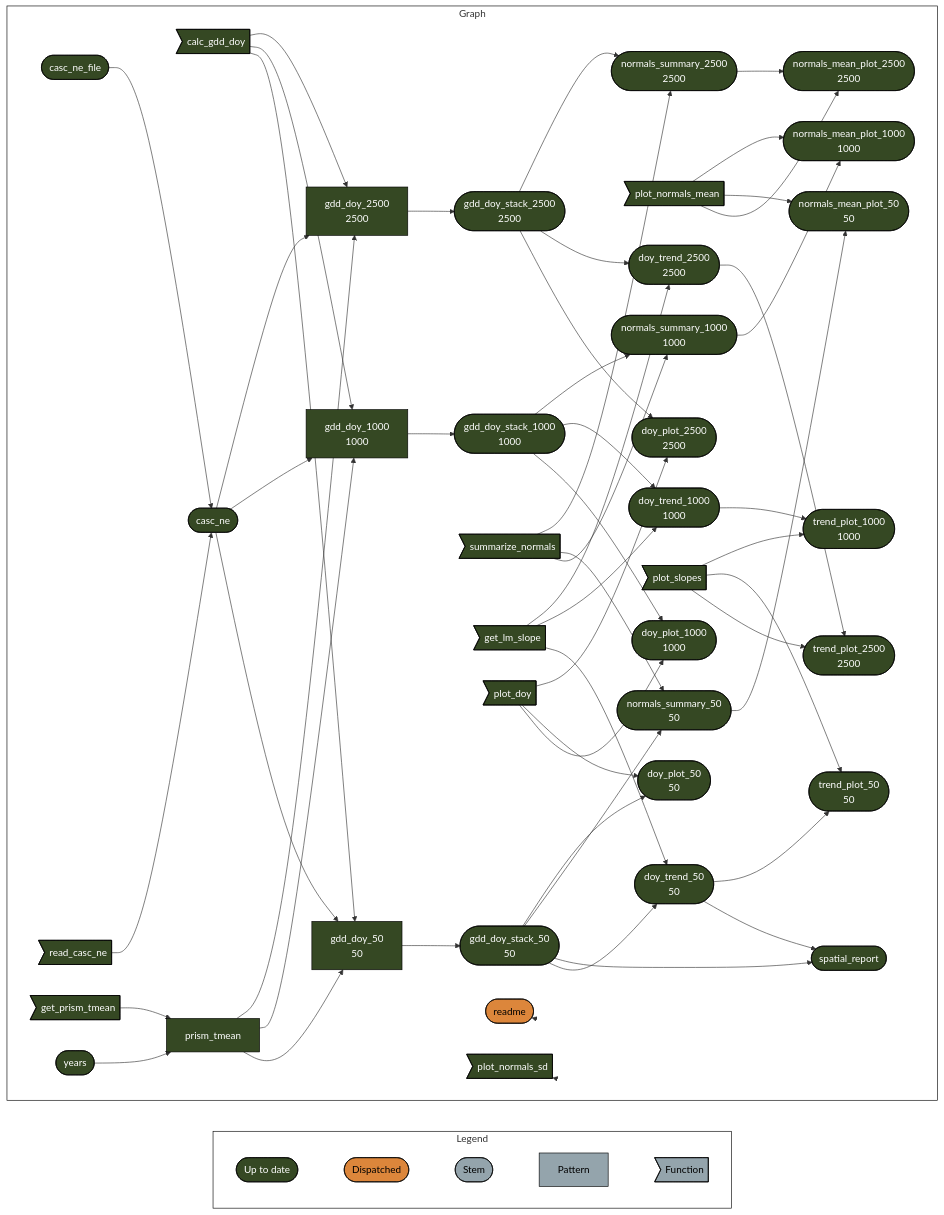
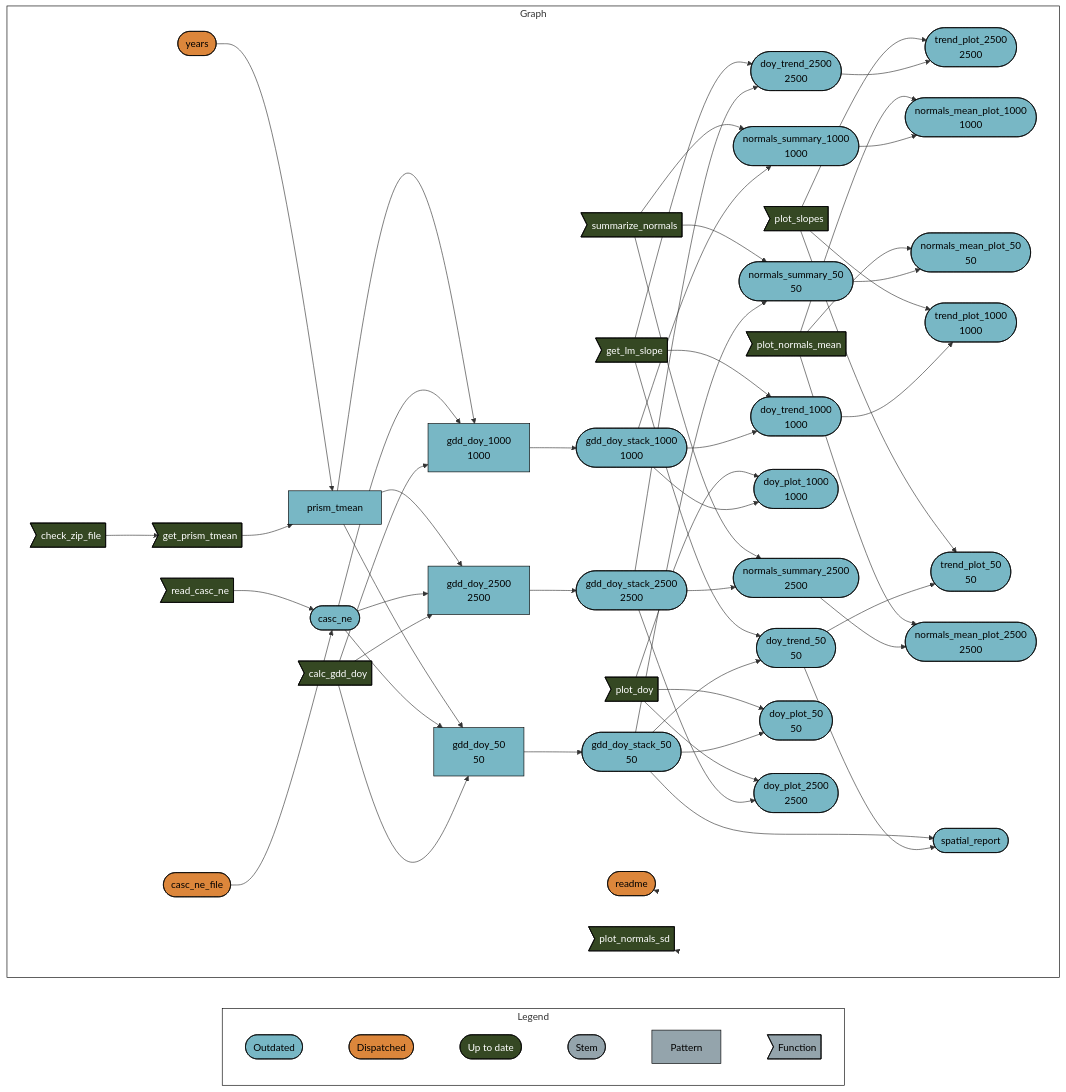
Before and after one commit to usa-npn/thermal-trends: the diagram in README.md, drawn with Mermaid.

Commit message:
re-render readme

````diff
--- a/README.md
+++ b/README.md
@@ -34,74 +34,78 @@
 ``` mermaid
 graph LR
   style Legend fill:#FFFFFF00,stroke:#000000;
   style Graph fill:#FFFFFF00,stroke:#000000;
   subgraph Legend
     direction LR
-    x7420bd9270f8d27d([""Up to date""]):::uptodate --- xa8565c104d8f0705([""Dispatched""]):::dispatched
-    xa8565c104d8f0705([""Dispatched""]):::dispatched --- xbf4603d6c2c2ad6b([""Stem""]):::none
-    xbf4603d6c2c2ad6b([""Stem""]):::none --- x70a5fa6bea6f298d[""Pattern""]:::none
-    x70a5fa6bea6f298d[""Pattern""]:::none --- xf0bce276fe2b9d3e>""Function""]:::none
+    x2db1ec7a48f65a9b([""Outdated""]):::outdated --- xb6630624a7b3aa0f([""Dispatched""]):::dispatched
+    xb6630624a7b3aa0f([""Dispatched""]):::dispatched --- xf1522833a4d242c5([""Up to date""]):::uptodate
+    xf1522833a4d242c5([""Up to date""]):::uptodate --- xd03d7c7dd2ddda2b([""Stem""]):::none
+    xd03d7c7dd2ddda2b([""Stem""]):::none --- x6f7e04ea3427f824[""Pattern""]:::none
+    x6f7e04ea3427f824[""Pattern""]:::none --- xeb2d7cac8a1ce544>""Function""]:::none
   end
   subgraph Graph
     direction LR
-    x143c225a85b6f8ef["gdd_doy_1000<br>1000"]:::uptodate --> x40c2e72d4bfe48c6(["gdd_doy_stack_1000<br>1000"]):::uptodate
-    x8b570043a37c4f3f(["normals_summary_1000<br>1000"]):::uptodate --> x39dc65dec856c05d(["normals_mean_plot_1000<br>1000"]):::uptodate
-    xa917b7eaa4a3ab69>"plot_normals_mean"]:::uptodate --> x39dc65dec856c05d(["normals_mean_plot_1000<br>1000"]):::uptodate
-    x03a837447b8e1f85(["gdd_doy_stack_2500<br>2500"]):::uptodate --> x45979941e033c65c(["normals_summary_2500<br>2500"]):::uptodate
-    x5057cf71ad61ffba>"summarize_normals"]:::uptodate --> x45979941e033c65c(["normals_summary_2500<br>2500"]):::uptodate
-    x03a837447b8e1f85(["gdd_doy_stack_2500<br>2500"]):::uptodate --> xf560c6147541e200(["doy_trend_2500<br>2500"]):::uptodate
-    xbfe90ebeeb7a071e>"get_lm_slope"]:::uptodate --> xf560c6147541e200(["doy_trend_2500<br>2500"]):::uptodate
-    x03a837447b8e1f85(["gdd_doy_stack_2500<br>2500"]):::uptodate --> x4571a9b7d2c4f70f(["doy_plot_2500<br>2500"]):::uptodate
-    x13c8ccaa5d631ad7>"plot_doy"]:::uptodate --> x4571a9b7d2c4f70f(["doy_plot_2500<br>2500"]):::uptodate
-    xb88b325298077171>"calc_gdd_doy"]:::uptodate --> x5d124cd085114def["gdd_doy_2500<br>2500"]:::uptodate
-    xe5ad1b541da28dc0(["casc_ne"]):::uptodate --> x5d124cd085114def["gdd_doy_2500<br>2500"]:::uptodate
-    xe4ea051685a102ce["prism_tmean"]:::uptodate --> x5d124cd085114def["gdd_doy_2500<br>2500"]:::uptodate
-    x09ece08de4b3110b(["casc_ne_file"]):::uptodate --> xe5ad1b541da28dc0(["casc_ne"]):::uptodate
-    x2e865c2cb7f7f0bd>"read_casc_ne"]:::uptodate --> xe5ad1b541da28dc0(["casc_ne"]):::uptodate
-    x5a7177ac72d59179(["doy_trend_1000<br>1000"]):::uptodate --> x56ad0a64704ce37e(["trend_plot_1000<br>1000"]):::uptodate
-    x298e720a0d38fbab>"plot_slopes"]:::uptodate --> x56ad0a64704ce37e(["trend_plot_1000<br>1000"]):::uptodate
-    x067ed113746ada91(["doy_trend_50<br>50"]):::uptodate --> xb10cda98be740603(["trend_plot_50<br>50"]):::uptodate
-    x298e720a0d38fbab>"plot_slopes"]:::uptodate --> xb10cda98be740603(["trend_plot_50<br>50"]):::uptodate
-    xdcf6fe500c4f6c47(["normals_summary_50<br>50"]):::uptodate --> xe0edcdcfe499bd71(["normals_mean_plot_50<br>50"]):::uptodate
-    xa917b7eaa4a3ab69>"plot_normals_mean"]:::uptodate --> xe0edcdcfe499bd71(["normals_mean_plot_50<br>50"]):::uptodate
-    xef0f3bd95aeea8a1(["gdd_doy_stack_50<br>50"]):::uptodate --> xa4e7d2ec2b26ed98(["doy_plot_50<br>50"]):::uptodate
-    x13c8ccaa5d631ad7>"plot_doy"]:::uptodate --> xa4e7d2ec2b26ed98(["doy_plot_50<br>50"]):::uptodate
-    xef0f3bd95aeea8a1(["gdd_doy_stack_50<br>50"]):::uptodate --> xdcf6fe500c4f6c47(["normals_summary_50<br>50"]):::uptodate
-    x5057cf71ad61ffba>"summarize_normals"]:::uptodate --> xdcf6fe500c4f6c47(["normals_summary_50<br>50"]):::uptodate
-    x40c2e72d4bfe48c6(["gdd_doy_stack_1000<br>1000"]):::uptodate --> x8b570043a37c4f3f(["normals_summary_1000<br>1000"]):::uptodate
-    x5057cf71ad61ffba>"summarize_normals"]:::uptodate --> x8b570043a37c4f3f(["normals_summary_1000<br>1000"]):::uptodate
-    x40c2e72d4bfe48c6(["gdd_doy_stack_1000<br>1000"]):::uptodate --> x5a7177ac72d59179(["doy_trend_1000<br>1000"]):::uptodate
-    xbfe90ebeeb7a071e>"get_lm_slope"]:::uptodate --> x5a7177ac72d59179(["doy_trend_1000<br>1000"]):::uptodate
-    x40c2e72d4bfe48c6(["gdd_doy_stack_1000<br>1000"]):::uptodate --> x1198f75c36e06a6d(["doy_plot_1000<br>1000"]):::uptodate
-    x13c8ccaa5d631ad7>"plot_doy"]:::uptodate --> x1198f75c36e06a6d(["doy_plot_1000<br>1000"]):::uptodate
-    x5d124cd085114def["gdd_doy_2500<br>2500"]:::uptodate --> x03a837447b8e1f85(["gdd_doy_stack_2500<br>2500"]):::uptodate
-    x4e641563f83bc893["gdd_doy_50<br>50"]:::uptodate --> xef0f3bd95aeea8a1(["gdd_doy_stack_50<br>50"]):::uptodate
-    x067ed113746ada91(["doy_trend_50<br>50"]):::uptodate --> x9dd6eb88f0f020eb(["spatial_report"]):::uptodate
-    xef0f3bd95aeea8a1(["gdd_doy_stack_50<br>50"]):::uptodate --> x9dd6eb88f0f020eb(["spatial_report"]):::uptodate
-    x45979941e033c65c(["normals_summary_2500<br>2500"]):::uptodate --> x2f5625350a1b19db(["normals_mean_plot_2500<br>2500"]):::uptodate
-    xa917b7eaa4a3ab69>"plot_normals_mean"]:::uptodate --> x2f5625350a1b19db(["normals_mean_plot_2500<br>2500"]):::uptodate
-    x4796032f25dfd47a>"get_prism_tmean"]:::uptodate --> xe4ea051685a102ce["prism_tmean"]:::uptodate
-    x25dbf37c6e783c25(["years"]):::uptodate --> xe4ea051685a102ce["prism_tmean"]:::uptodate
-    xb88b325298077171>"calc_gdd_doy"]:::uptodate --> x143c225a85b6f8ef["gdd_doy_1000<br>1000"]:::uptodate
-    xe5ad1b541da28dc0(["casc_ne"]):::uptodate --> x143c225a85b6f8ef["gdd_doy_1000<br>1000"]:::uptodate
-    xe4ea051685a102ce["prism_tmean"]:::uptodate --> x143c225a85b6f8ef["gdd_doy_1000<br>1000"]:::uptodate
-    xef0f3bd95aeea8a1(["gdd_doy_stack_50<br>50"]):::uptodate --> x067ed113746ada91(["doy_trend_50<br>50"]):::uptodate
-    xbfe90ebeeb7a071e>"get_lm_slope"]:::uptodate --> x067ed113746ada91(["doy_trend_50<br>50"]):::uptodate
-    xf560c6147541e200(["doy_trend_2500<br>2500"]):::uptodate --> xb9525cb3d2f5752d(["trend_plot_2500<br>2500"]):::uptodate
-    x298e720a0d38fbab>"plot_slopes"]:::uptodate --> xb9525cb3d2f5752d(["trend_plot_2500<br>2500"]):::uptodate
-    xb88b325298077171>"calc_gdd_doy"]:::uptodate --> x4e641563f83bc893["gdd_doy_50<br>50"]:::uptodate
-    xe5ad1b541da28dc0(["casc_ne"]):::uptodate --> x4e641563f83bc893["gdd_doy_50<br>50"]:::uptodate
-    xe4ea051685a102ce["prism_tmean"]:::uptodate --> x4e641563f83bc893["gdd_doy_50<br>50"]:::uptodate
-    x6e52cb0f1668cc22(["readme"]):::dispatched --> x6e52cb0f1668cc22(["readme"]):::dispatched
-    x3831a3d6946cd453>"plot_normals_sd"]:::uptodate --> x3831a3d6946cd453>"plot_normals_sd"]:::uptodate
+    xab9f05120e038f63>"check_zip_file"]:::uptodate --> x66b13d5a9d20761a>"get_prism_tmean"]:::uptodate
+    xe29a7570fd64b783(["doy_trend_2500<br>2500"]):::outdated --> x4a7371f634a1c6ee(["trend_plot_2500<br>2500"]):::outdated
+    x9c6eebcf51a630b0>"plot_slopes"]:::uptodate --> x4a7371f634a1c6ee(["trend_plot_2500<br>2500"]):::outdated
+    xff529209e87def7b["gdd_doy_1000<br>1000"]:::outdated --> x46cc5bc3b6c68c1a(["gdd_doy_stack_1000<br>1000"]):::outdated
+    x47d67438bee47c7b(["normals_summary_1000<br>1000"]):::outdated --> xd1093b48fdaa3b26(["normals_mean_plot_1000<br>1000"]):::outdated
+    xdd6e5783f4aa3d91>"plot_normals_mean"]:::uptodate --> xd1093b48fdaa3b26(["normals_mean_plot_1000<br>1000"]):::outdated
+    xcff06c9512a11109>"calc_gdd_doy"]:::uptodate --> x28c62ae9542e7849["gdd_doy_2500<br>2500"]:::outdated
+    x6976cced396df4c9(["casc_ne"]):::outdated --> x28c62ae9542e7849["gdd_doy_2500<br>2500"]:::outdated
+    xf1e1014b1abe0030["prism_tmean"]:::outdated --> x28c62ae9542e7849["gdd_doy_2500<br>2500"]:::outdated
+    xb106621904434716(["casc_ne_file"]):::dispatched --> x6976cced396df4c9(["casc_ne"]):::outdated
+    x78206bf5e8c258ec>"read_casc_ne"]:::uptodate --> x6976cced396df4c9(["casc_ne"]):::outdated
+    xcff06c9512a11109>"calc_gdd_doy"]:::uptodate --> x786a1a0a06ddc553["gdd_doy_50<br>50"]:::outdated
+    x6976cced396df4c9(["casc_ne"]):::outdated --> x786a1a0a06ddc553["gdd_doy_50<br>50"]:::outdated
+    xf1e1014b1abe0030["prism_tmean"]:::outdated --> x786a1a0a06ddc553["gdd_doy_50<br>50"]:::outdated
+    xd87e155a2058b73d(["normals_summary_50<br>50"]):::outdated --> xb6b5b21811b62e8e(["normals_mean_plot_50<br>50"]):::outdated
+    xdd6e5783f4aa3d91>"plot_normals_mean"]:::uptodate --> xb6b5b21811b62e8e(["normals_mean_plot_50<br>50"]):::outdated
+    x05f2370eca178222(["doy_trend_1000<br>1000"]):::outdated --> x31a3593b535e23c4(["trend_plot_1000<br>1000"]):::outdated
+    x9c6eebcf51a630b0>"plot_slopes"]:::uptodate --> x31a3593b535e23c4(["trend_plot_1000<br>1000"]):::outdated
+    x21326ed6e10cd0d0(["gdd_doy_stack_2500<br>2500"]):::outdated --> xe29a7570fd64b783(["doy_trend_2500<br>2500"]):::outdated
+    x5d601d40e571c532>"get_lm_slope"]:::uptodate --> xe29a7570fd64b783(["doy_trend_2500<br>2500"]):::outdated
+    x46cc5bc3b6c68c1a(["gdd_doy_stack_1000<br>1000"]):::outdated --> x2c8ecb326142bdff(["doy_plot_1000<br>1000"]):::outdated
+    x2d2070bf4c44e867>"plot_doy"]:::uptodate --> x2c8ecb326142bdff(["doy_plot_1000<br>1000"]):::outdated
+    x08bdbd4f78dad638(["doy_trend_50<br>50"]):::outdated --> x5a26c52d2d28f1dc(["trend_plot_50<br>50"]):::outdated
+    x9c6eebcf51a630b0>"plot_slopes"]:::uptodate --> x5a26c52d2d28f1dc(["trend_plot_50<br>50"]):::outdated
+    x0b494d9bc4b357f4(["gdd_doy_stack_50<br>50"]):::outdated --> x08bdbd4f78dad638(["doy_trend_50<br>50"]):::outdated
+    x5d601d40e571c532>"get_lm_slope"]:::uptodate --> x08bdbd4f78dad638(["doy_trend_50<br>50"]):::outdated
+    x46cc5bc3b6c68c1a(["gdd_doy_stack_1000<br>1000"]):::outdated --> x47d67438bee47c7b(["normals_summary_1000<br>1000"]):::outdated
+    xf91ccb269c3645a7>"summarize_normals"]:::uptodate --> x47d67438bee47c7b(["normals_summary_1000<br>1000"]):::outdated
+    x28c62ae9542e7849["gdd_doy_2500<br>2500"]:::outdated --> x21326ed6e10cd0d0(["gdd_doy_stack_2500<br>2500"]):::outdated
+    x46cc5bc3b6c68c1a(["gdd_doy_stack_1000<br>1000"]):::outdated --> x05f2370eca178222(["doy_trend_1000<br>1000"]):::outdated
+    x5d601d40e571c532>"get_lm_slope"]:::uptodate --> x05f2370eca178222(["doy_trend_1000<br>1000"]):::outdated
+    xfdc192d56cd8f9ef(["normals_summary_2500<br>2500"]):::outdated --> xa1c9e5079d21856f(["normals_mean_plot_2500<br>2500"]):::outdated
+    xdd6e5783f4aa3d91>"plot_normals_mean"]:::uptodate --> xa1c9e5079d21856f(["normals_mean_plot_2500<br>2500"]):::outdated
+    x08bdbd4f78dad638(["doy_trend_50<br>50"]):::outdated --> xe6f43699e6499b95(["spatial_report"]):::outdated
+    x0b494d9bc4b357f4(["gdd_doy_stack_50<br>50"]):::outdated --> xe6f43699e6499b95(["spatial_report"]):::outdated
+    x0b494d9bc4b357f4(["gdd_doy_stack_50<br>50"]):::outdated --> x233d6af147d6e9d1(["doy_plot_50<br>50"]):::outdated
+    x2d2070bf4c44e867>"plot_doy"]:::uptodate --> x233d6af147d6e9d1(["doy_plot_50<br>50"]):::outdated
+    xcff06c9512a11109>"calc_gdd_doy"]:::uptodate --> xff529209e87def7b["gdd_doy_1000<br>1000"]:::outdated
+    x6976cced396df4c9(["casc_ne"]):::outdated --> xff529209e87def7b["gdd_doy_1000<br>1000"]:::outdated
+    xf1e1014b1abe0030["prism_tmean"]:::outdated --> xff529209e87def7b["gdd_doy_1000<br>1000"]:::outdated
+    x21326ed6e10cd0d0(["gdd_doy_stack_2500<br>2500"]):::outdated --> x07c639dff4c1c0c9(["doy_plot_2500<br>2500"]):::outdated
+    x2d2070bf4c44e867>"plot_doy"]:::uptodate --> x07c639dff4c1c0c9(["doy_plot_2500<br>2500"]):::outdated
+    x66b13d5a9d20761a>"get_prism_tmean"]:::uptodate --> xf1e1014b1abe0030["prism_tmean"]:::outdated
+    xf9ac23fbc741da6f(["years"]):::dispatched --> xf1e1014b1abe0030["prism_tmean"]:::outdated
+    x0b494d9bc4b357f4(["gdd_doy_stack_50<br>50"]):::outdated --> xd87e155a2058b73d(["normals_summary_50<br>50"]):::outdated
+    xf91ccb269c3645a7>"summarize_normals"]:::uptodate --> xd87e155a2058b73d(["normals_summary_50<br>50"]):::outdated
+    x21326ed6e10cd0d0(["gdd_doy_stack_2500<br>2500"]):::outdated --> xfdc192d56cd8f9ef(["normals_summary_2500<br>2500"]):::outdated
+    xf91ccb269c3645a7>"summarize_normals"]:::uptodate --> xfdc192d56cd8f9ef(["normals_summary_2500<br>2500"]):::outdated
+    x786a1a0a06ddc553["gdd_doy_50<br>50"]:::outdated --> x0b494d9bc4b357f4(["gdd_doy_stack_50<br>50"]):::outdated
+    xc11069275cfeb620(["readme"]):::dispatched --> xc11069275cfeb620(["readme"]):::dispatched
+    x7913874ff1a7ce23>"plot_normals_sd"]:::uptodate --> x7913874ff1a7ce23>"plot_normals_sd"]:::uptodate
   end
+  classDef outdated stroke:#000000,color:#000000,fill:#78B7C5;
+  classDef dispatched stroke:#000000,color:#000000,fill:#DC863B;
   classDef uptodate stroke:#000000,color:#ffffff,fill:#354823;
-  classDef dispatched stroke:#000000,color:#000000,fill:#DC863B;
   classDef none stroke:#000000,color:#000000,fill:#94a4ac;
   linkStyle 0 stroke-width:0px;
   linkStyle 1 stroke-width:0px;
   linkStyle 2 stroke-width:0px;
   linkStyle 3 stroke-width:0px;
-  linkStyle 52 stroke-width:0px;
-  linkStyle 53 stroke-width:0px;
+  linkStyle 4 stroke-width:0px;
+  linkStyle 54 stroke-width:0px;
+  linkStyle 55 stroke-width:0px;
 ```
````
